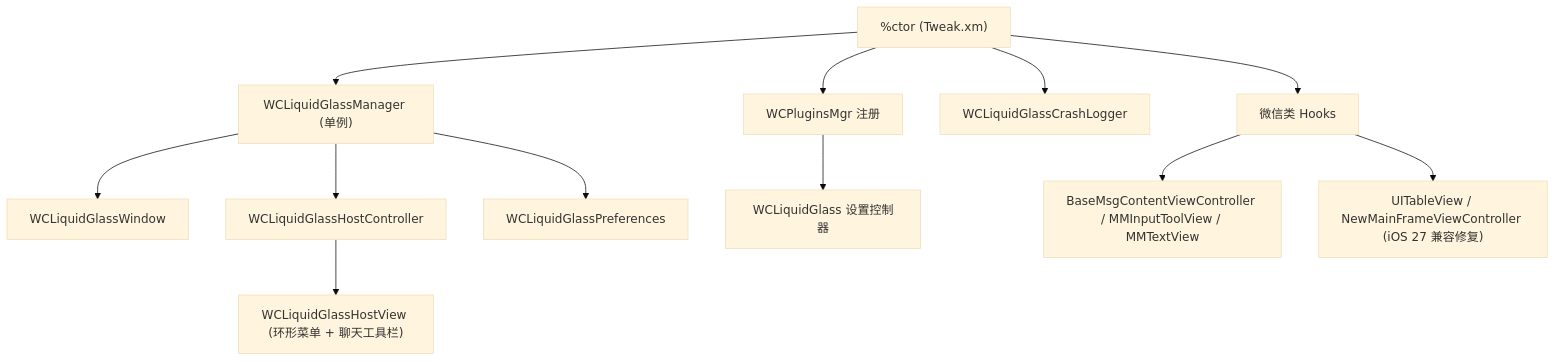
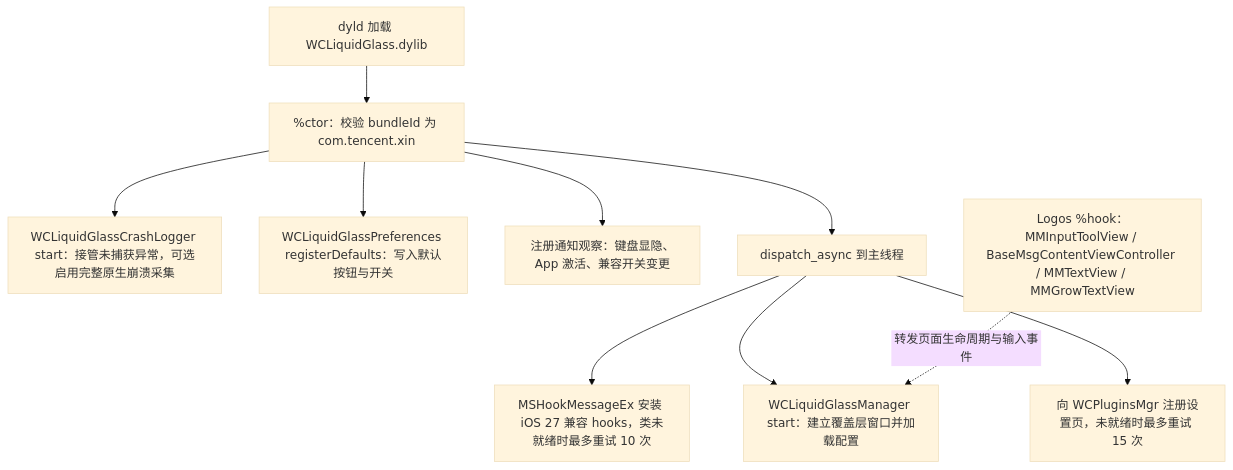
One commit to Ssiswent/WCLiquidGlass changed the first of 4 diagrams in README.md. Above: the diagram before and after it, drawn with Mermaid (base theme). The commit also changed other lines of this file, not shown here.

Commit message:
docs: 架构章节改为启动/结构/动作派发三图，并补充兼容修复时序图

````diff
--- a/README.md
+++ b/README.md
@@ -26,14 +30,12 @@
 ```mermaid
-graph TD
-  A["%ctor (Tweak.xm)"] --> B["WCPluginsMgr 注册"]
-  A --> C["WCLiquidGlassManager (单例)"]
-  A --> D["WCLiquidGlassCrashLogger"]
-  A --> H["微信类 Hooks"]
-  C --> E["WCLiquidGlassWindow"]
-  C --> F["WCLiquidGlassHostController"]
-  F --> G["WCLiquidGlassHostView (环形菜单 + 聊天工具栏)"]
-  C --> I["WCLiquidGlassPreferences"]
-  B --> J["WCLiquidGlass 设置控制器"]
-  H --> K["BaseMsgContentViewController / MMInputToolView / MMTextView"]
-  H --> L["UITableView / NewMainFrameViewController (iOS 27 兼容修复)"]
+flowchart TD
+  L["dyld 加载 WCLiquidGlass.dylib"] --> C["%ctor：校验 bundleId 为 com.tencent.xin"]
+  C --> CL["WCLiquidGlassCrashLogger start：接管未捕获异常，可选启用完整原生崩溃采集"]
+  C --> PD["WCLiquidGlassPreferences registerDefaults：写入默认按钮与开关"]
+  C --> OB["注册通知观察：键盘显隐、App 激活、兼容开关变更"]
+  C --> MQ["dispatch_async 到主线程"]
+  MQ --> HK["MSHookMessageEx 安装 iOS 27 兼容 hooks，类未就绪时最多重试 10 次"]
+  MQ --> MG["WCLiquidGlassManager start：建立覆盖层窗口并加载配置"]
+  MQ --> RG["向 WCPluginsMgr 注册设置页，未就绪时最多重试 15 次"]
+  HOOKS["Logos %hook：MMInputToolView / BaseMsgContentViewController / MMTextView / MMGrowTextView"] -. "转发页面生命周期与输入事件" .-> MG
 ```
````
